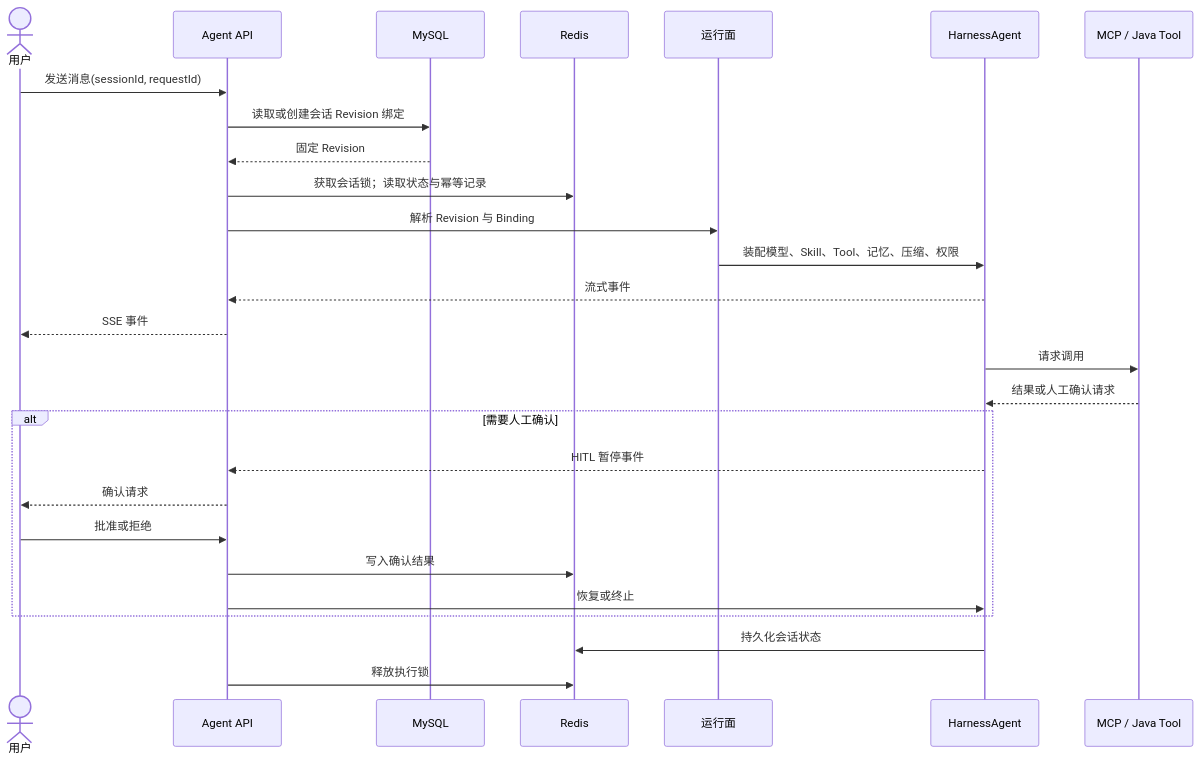
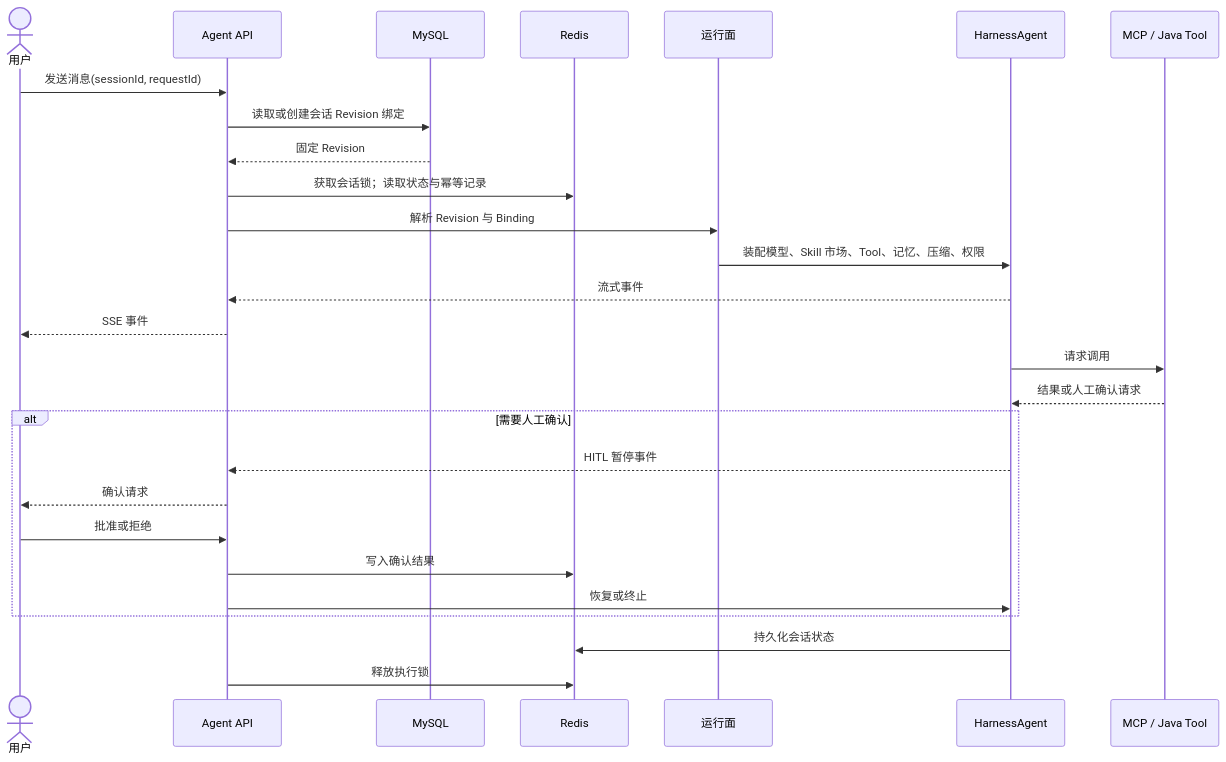
The third of 4 diagrams in docs/agent-module-architecture.md (wzerf/code-temp), drawn with Mermaid before and after one commit. The commit also changed other lines of this file and 2 other files, not shown here.

First line of the commit message:
docs(agent): 补充 Skill 市场表结构与流程

````diff
--- a/docs/agent-module-architecture.md
+++ b/docs/agent-module-architecture.md
@@ -145,30 +249,30 @@
 ```mermaid
 sequenceDiagram
     actor User as 用户
     participant API as Agent API
     participant MySQL as MySQL
     participant Redis as Redis
     participant Runtime as 运行面
     participant Agent as HarnessAgent
     participant Tool as MCP / Java Tool
 
     User->>API: 发送消息(sessionId, requestId)
     API->>MySQL: 读取或创建会话 Revision 绑定
     MySQL-->>API: 固定 Revision
     API->>Redis: 获取会话锁；读取状态与幂等记录
     API->>Runtime: 解析 Revision 与 Binding
-    Runtime->>Agent: 装配模型、Skill、Tool、记忆、压缩、权限
+    Runtime->>Agent: 装配模型、Skill 市场、Tool、记忆、压缩、权限
     Agent-->>API: 流式事件
     API-->>User: SSE 事件
     Agent->>Tool: 请求调用
     Tool-->>Agent: 结果或人工确认请求
     alt 需要人工确认
         Agent-->>API: HITL 暂停事件
         API-->>User: 确认请求
         User->>API: 批准或拒绝
         API->>Redis: 写入确认结果
         API->>Agent: 恢复或终止
     end
     Agent->>Redis: 持久化会话状态
     API->>Redis: 释放执行锁
 ```
````
